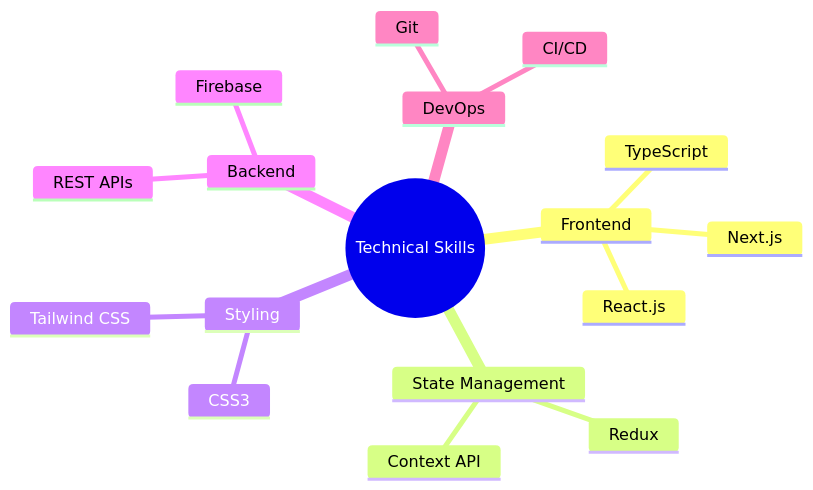
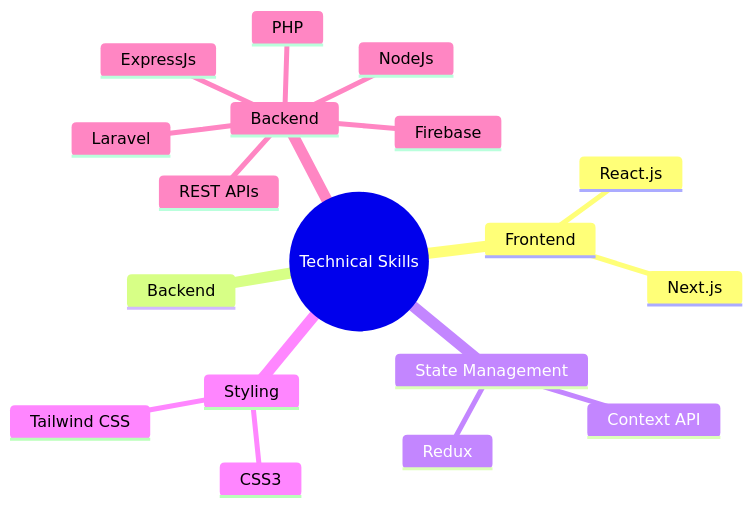
Before and after one commit to Soab42/Soab42: the second of 7 diagrams in README.md, drawn with Mermaid. The commit also changed other lines of this file, not shown here.

````diff
--- a/README.md
+++ b/README.md
@@ -17,20 +17,21 @@
 ```mermaid
 mindmap
   root((Technical Skills))
     Frontend
       React.js
       Next.js
-      TypeScript
+    Backend
     State Management
       Redux
       Context API
     Styling
       Tailwind CSS
       CSS3
     Backend
       Firebase
       REST APIs
-    DevOps
-      Git
-      CI/CD
+     NodeJs
+     ExpressJs
+     PHP
+     Laravel
 ```
````
